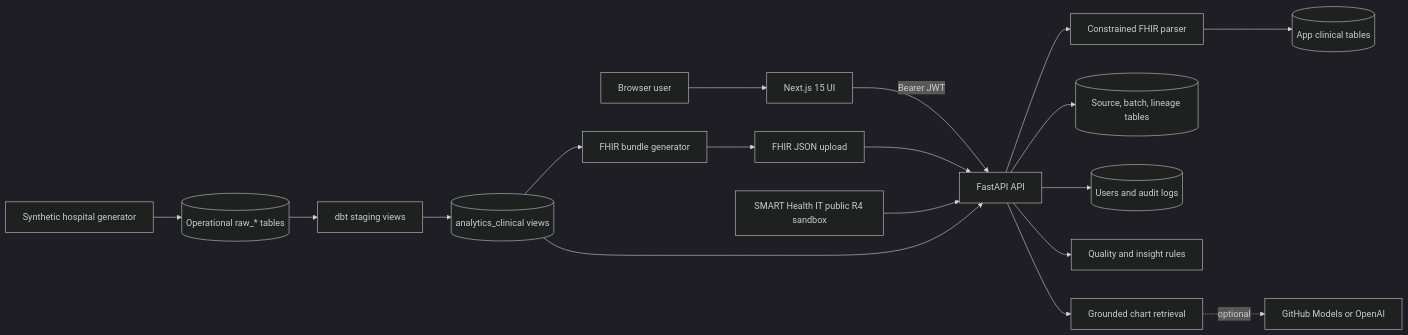
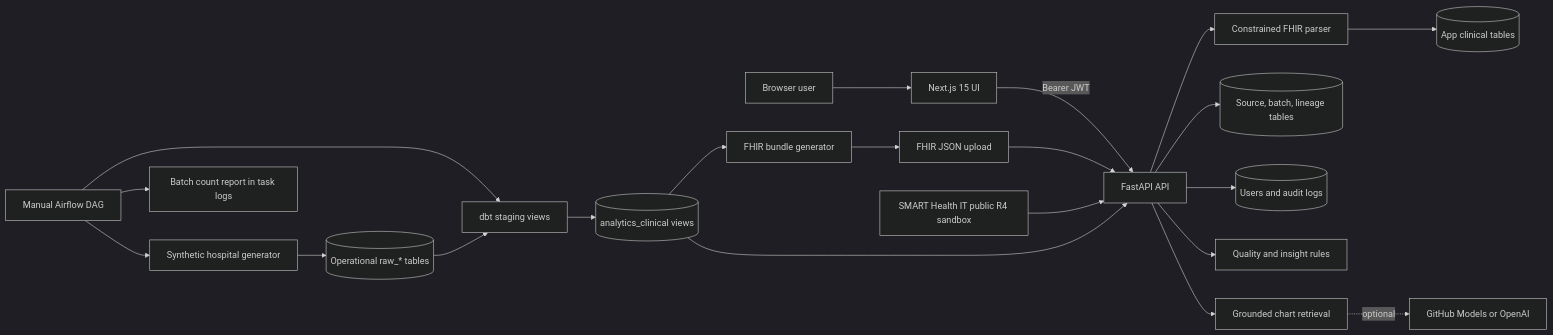
One commit to nesar-ganguli/clinsight-ai changed the diagram in docs/CURRENT_IMPLEMENTATION.md. Above: the diagram before and after it, drawn with Mermaid (dark theme). The commit also changed other lines of this file and 10 other files, not shown here.

````diff
--- a/docs/CURRENT_IMPLEMENTATION.md
+++ b/docs/CURRENT_IMPLEMENTATION.md
@@ -30,23 +31,26 @@
 ```mermaid
 flowchart LR
     User[Browser user] --> Next[Next.js 15 UI]
     Next -->|Bearer JWT| API[FastAPI API]
 
     Upload[FHIR JSON upload] --> API
     Smart[SMART Health IT public R4 sandbox] --> API
     API --> Parser[Constrained FHIR parser]
     Parser --> ORM[(App clinical tables)]
     API --> Lineage[(Source, batch, lineage tables)]
     API --> Audit[(Users and audit logs)]
 
     Generator[Synthetic hospital generator] --> Raw[(Operational raw_* tables)]
+    Airflow[Manual Airflow DAG] --> Generator
+    Airflow --> Dbt
     Raw --> Dbt[dbt staging views]
     Dbt --> Marts[(analytics_clinical views)]
+    Airflow --> Metrics[Batch count report in task logs]
     Marts --> API
     Marts --> Export[FHIR bundle generator]
     Export --> Upload
 
     API --> Rules[Quality and insight rules]
     API --> Chat[Grounded chart retrieval]
     Chat -. optional .-> LLM[GitHub Models or OpenAI]
 ```
````
